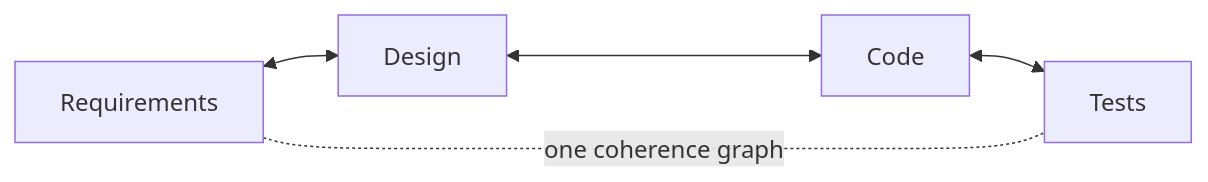
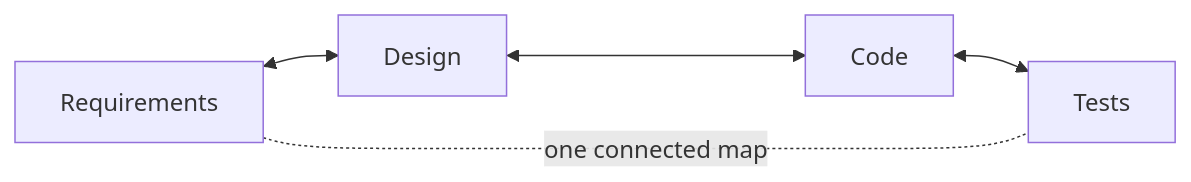
One commit to yohey-w/codd-dev changed the diagram in README.md. Above: the diagram before and after it, drawn with Mermaid. The commit also changed other lines of this file and 2 other files, not shown here.

````diff
--- a/README.md
+++ b/README.md
@@ -32,7 +40,7 @@
 ```mermaid
 flowchart LR
     R["Requirements"] <--> D["Design"]
     D <--> C["Code"]
     C <--> T["Tests"]
-    R -. "one coherence graph" .- T
+    R -. "one connected map" .- T
 ```
````
